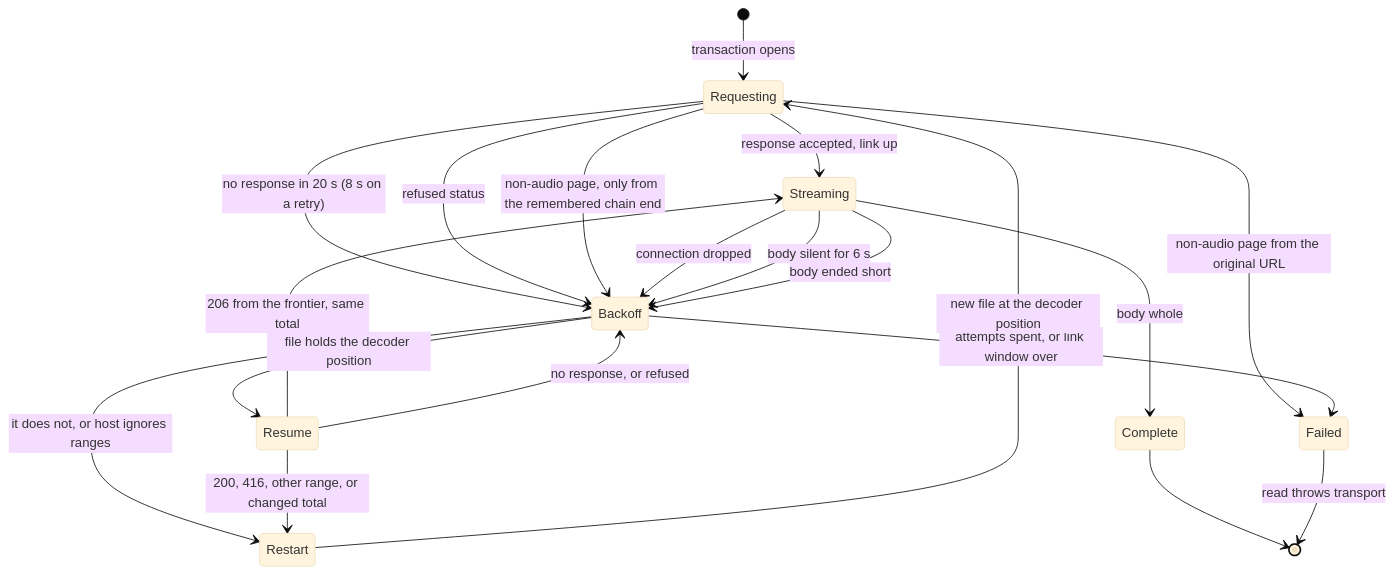
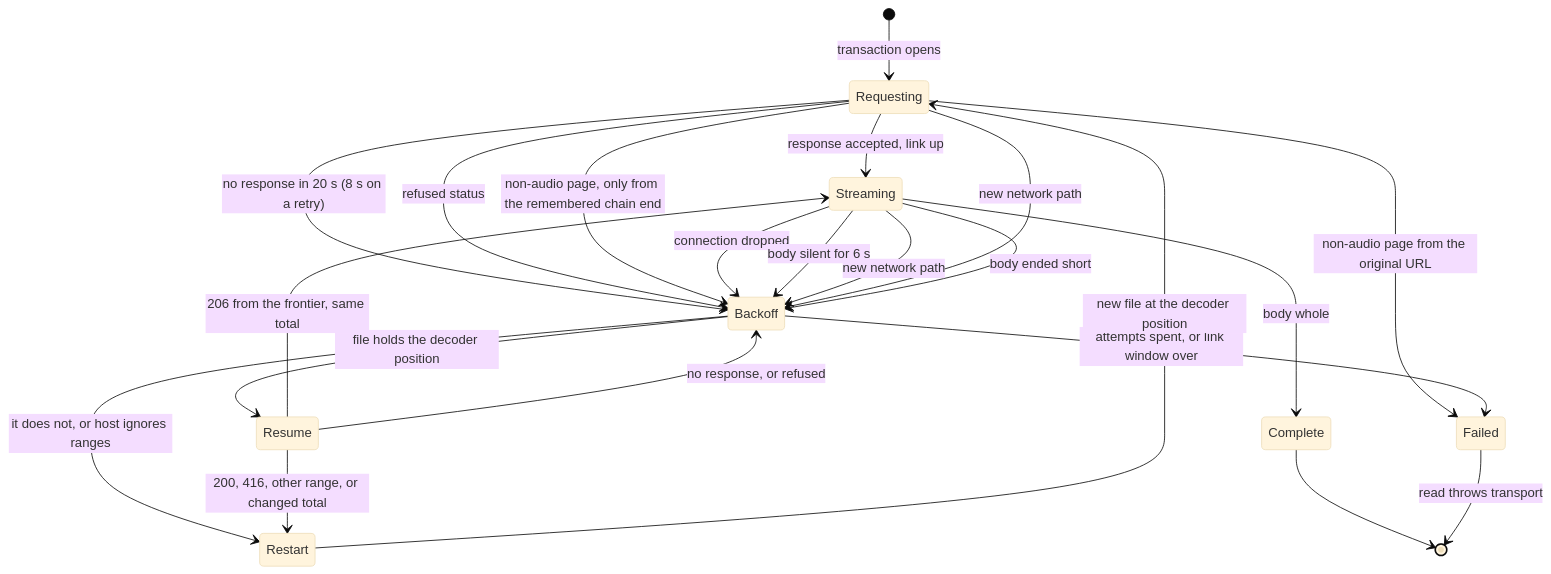
The eighth of 8 diagrams in docs/architecture.md (timusus/shuttle-playback), drawn with Mermaid (base theme) before and after one commit. The commit also changed other lines of this file and 4 other files, not shown here.

````diff
--- a/docs/architecture.md
+++ b/docs/architecture.md
@@ -344,22 +344,24 @@
 ```mermaid
 stateDiagram-v2
     [*] --> Requesting: transaction opens
     Requesting --> Streaming: response accepted, link up
     Requesting --> Backoff: no response in 20 s (8 s on a retry)
     Requesting --> Backoff: refused status
     Requesting --> Backoff: non-audio page, only from the remembered chain end
     Requesting --> Failed: non-audio page from the original URL
     Streaming --> Backoff: connection dropped
     Streaming --> Backoff: body silent for 6 s
+    Streaming --> Backoff: new network path
+    Requesting --> Backoff: new network path
     Streaming --> Backoff: body ended short
     Streaming --> Complete: body whole
     Backoff --> Resume: file holds the decoder position
     Backoff --> Restart: it does not, or host ignores ranges
     Backoff --> Failed: attempts spent, or link window over
     Resume --> Streaming: 206 from the frontier, same total
     Resume --> Restart: 200, 416, other range, or changed total
     Resume --> Backoff: no response, or refused
     Restart --> Requesting: new file at the decoder position
     Complete --> [*]
     Failed --> [*]: read throws transport
 ```
````
